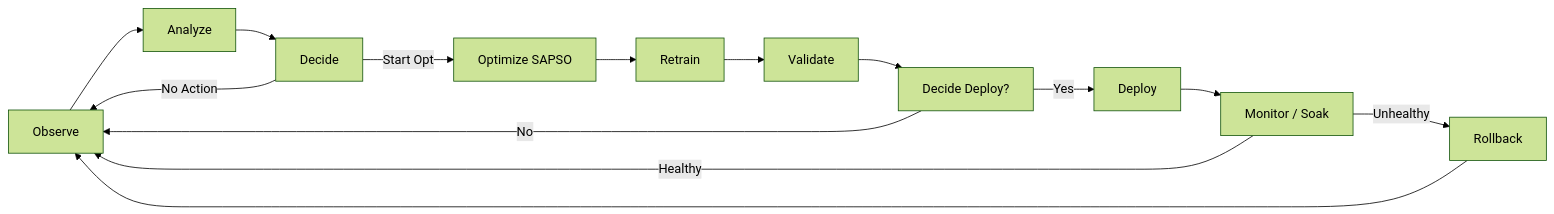
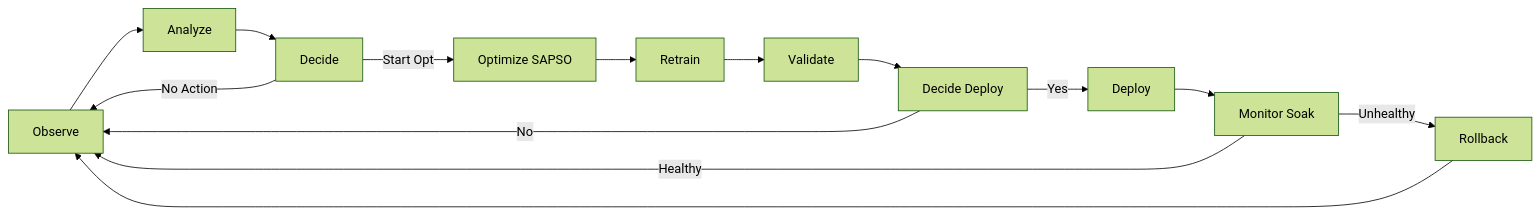
Before and after one commit to CoderAnush/EvoNAS: the first of 6 diagrams in README.md, drawn with Mermaid (forest theme). The commit also changed other lines of this file, not shown here.

First line of the commit message:
Fix Mermaid diagrams for GitHub rendering.

````diff
--- a/README.md
+++ b/README.md
@@ -109,16 +109,16 @@
 ```mermaid
 flowchart LR
   O[Observe] --> A[Analyze]
   A --> D[Decide]
   D -->|Start Opt| Z[Optimize SAPSO]
   D -->|No Action| O
   Z --> R[Retrain]
   R --> V[Validate]
-  V --> D2[Decide Deploy?]
+  V --> D2["Decide Deploy"]
   D2 -->|Yes| P[Deploy]
   D2 -->|No| O
-  P --> M[Monitor / Soak]
+  P --> M["Monitor Soak"]
   M -->|Healthy| O
   M -->|Unhealthy| RB[Rollback]
   RB --> O
 ```
````
